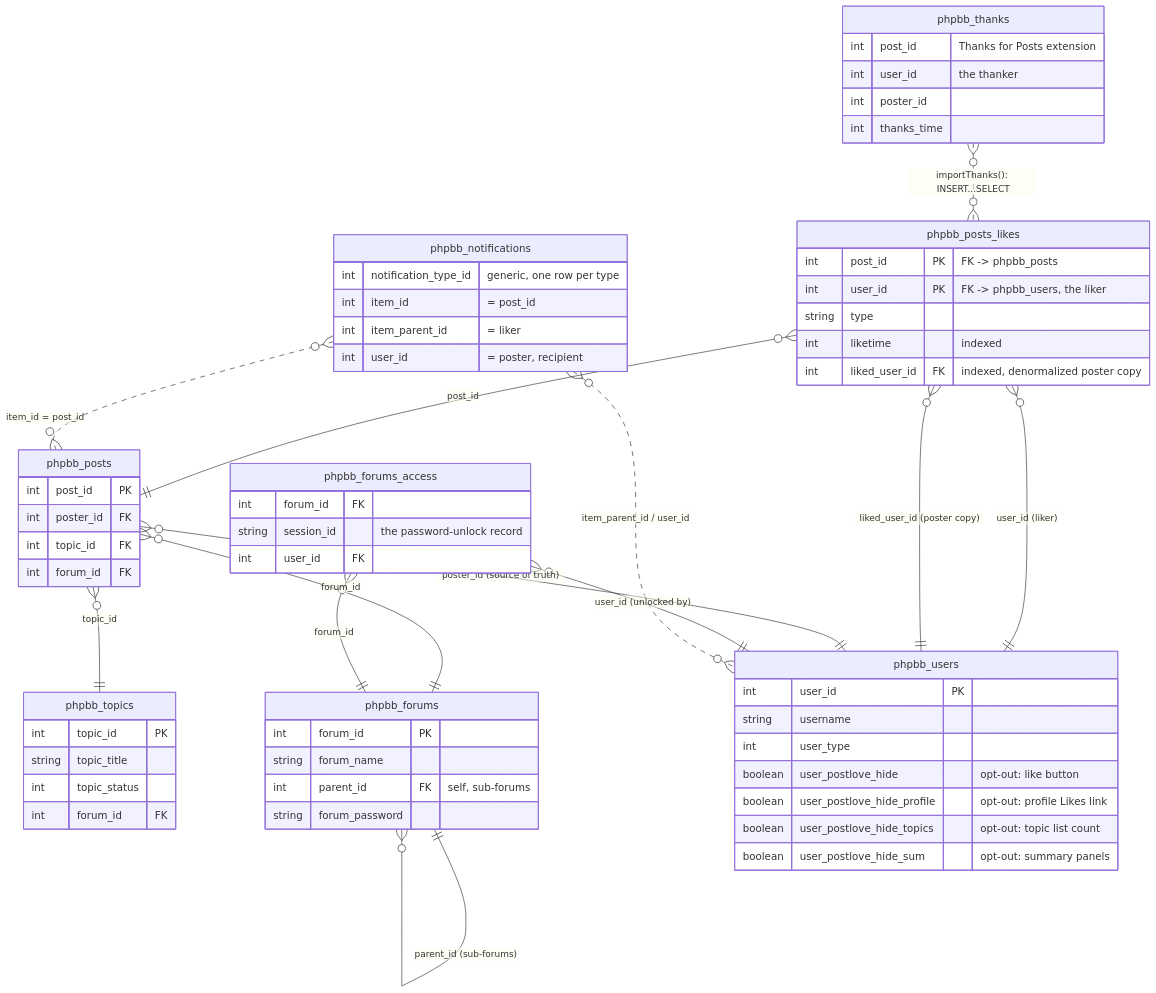
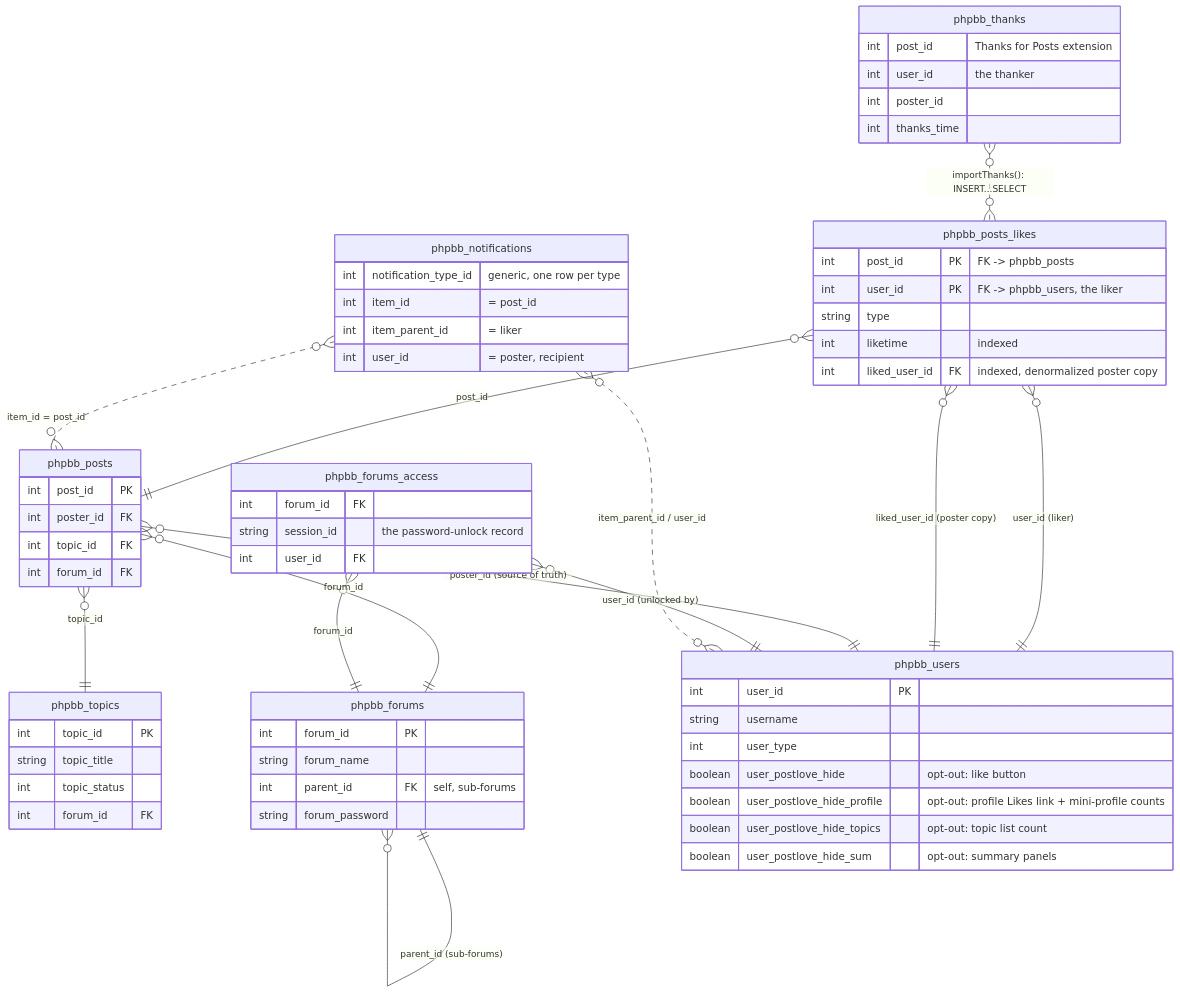
The diagram in contrib/database-schema.md (avatharbe/postlove), drawn with Mermaid before and after one commit. The commit also changed 14 other files, not shown here.

First line of the commit message:
Add per-author opt-out for mini-profile like counts, fix ACP defaults

````diff
--- a/contrib/database-schema.md
+++ b/contrib/database-schema.md
@@ -9,74 +9,74 @@
 ```mermaid
 erDiagram
     phpbb_posts_likes {
         int post_id PK "FK -> phpbb_posts"
         int user_id PK "FK -> phpbb_users, the liker"
         string type
         int liketime "indexed"
         int liked_user_id FK "indexed, denormalized poster copy"
     }
 
     phpbb_posts {
         int post_id PK
         int poster_id FK
         int topic_id FK
         int forum_id FK
     }
 
     phpbb_topics {
         int topic_id PK
         string topic_title
         int topic_status
         int forum_id FK
     }
 
     phpbb_forums {
         int forum_id PK
         string forum_name
         int parent_id FK "self, sub-forums"
         string forum_password
     }
 
     phpbb_forums_access {
         int forum_id FK
         string session_id "the password-unlock record"
         int user_id FK
     }
 
     phpbb_users {
         int user_id PK
         string username
         int user_type
         boolean user_postlove_hide "opt-out: like button"
-        boolean user_postlove_hide_profile "opt-out: profile Likes link"
+        boolean user_postlove_hide_profile "opt-out: profile Likes link + mini-profile counts"
         boolean user_postlove_hide_topics "opt-out: topic list count"
         boolean user_postlove_hide_sum "opt-out: summary panels"
     }
 
     phpbb_thanks {
         int post_id "Thanks for Posts extension"
         int user_id "the thanker"
         int poster_id
         int thanks_time
     }
 
     phpbb_notifications {
         int notification_type_id "generic, one row per type"
         int item_id "= post_id"
         int item_parent_id "= liker"
         int user_id "= poster, recipient"
     }
 
     phpbb_posts_likes }o--|| phpbb_posts        : "post_id"
     phpbb_posts_likes }o--|| phpbb_users        : "user_id (liker)"
     phpbb_posts_likes }o--|| phpbb_users        : "liked_user_id (poster copy)"
     phpbb_posts        }o--|| phpbb_users        : "poster_id (source of truth)"
     phpbb_posts        }o--|| phpbb_topics       : "topic_id"
     phpbb_posts        }o--|| phpbb_forums       : "forum_id"
     phpbb_forums        ||--o{ phpbb_forums       : "parent_id (sub-forums)"
     phpbb_forums_access }o--|| phpbb_forums       : "forum_id"
     phpbb_forums_access }o--|| phpbb_users        : "user_id (unlocked by)"
     phpbb_thanks        }o..o{ phpbb_posts_likes  : "importThanks(): INSERT...SELECT"
     phpbb_notifications }o..o{ phpbb_posts        : "item_id = post_id"
     phpbb_notifications }o..o{ phpbb_users        : "item_parent_id / user_id"
 ```
````
